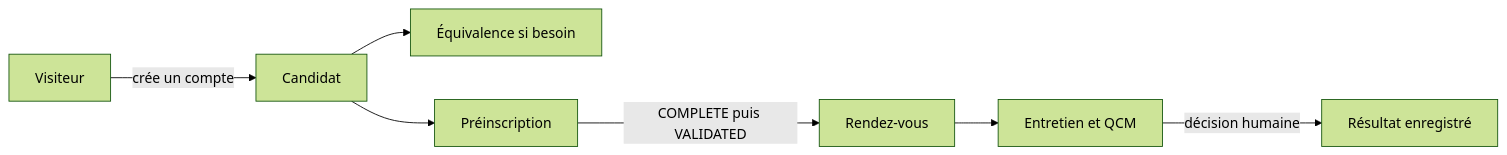
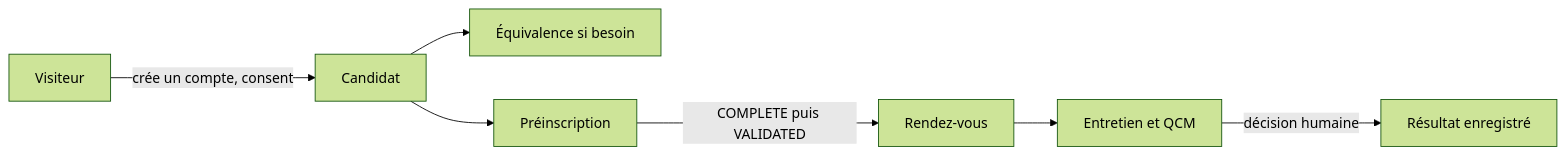
The fifth of 5 diagrams in docs/PROCESSUS_METIER.md (EmnaaRekiik/projectgenai), drawn with Mermaid (forest theme) before and after one commit. The commit also changed other lines of this file and 12 other files, not shown here.

````diff
--- a/docs/PROCESSUS_METIER.md
+++ b/docs/PROCESSUS_METIER.md
@@ -118,9 +169,9 @@
 ```mermaid
 flowchart LR
-    V[Visiteur] -->|crée un compte| C[Candidat]
+    V[Visiteur] -->|crée un compte, consent| C[Candidat]
     C --> E[Équivalence si besoin]
     C --> P[Préinscription]
     P -->|COMPLETE puis VALIDATED| R[Rendez-vous]
     R --> I[Entretien et QCM]
     I -->|décision humaine| D[Résultat enregistré]
 ```
````
